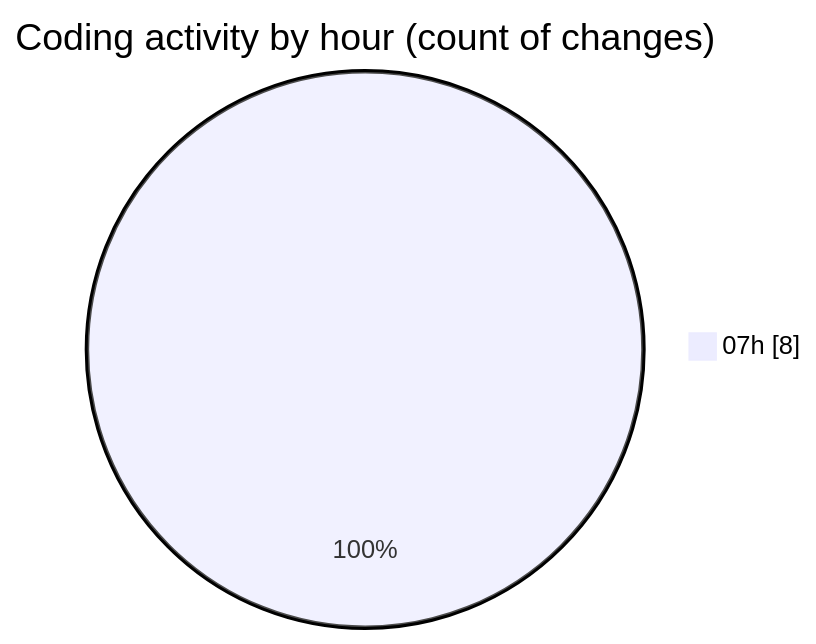
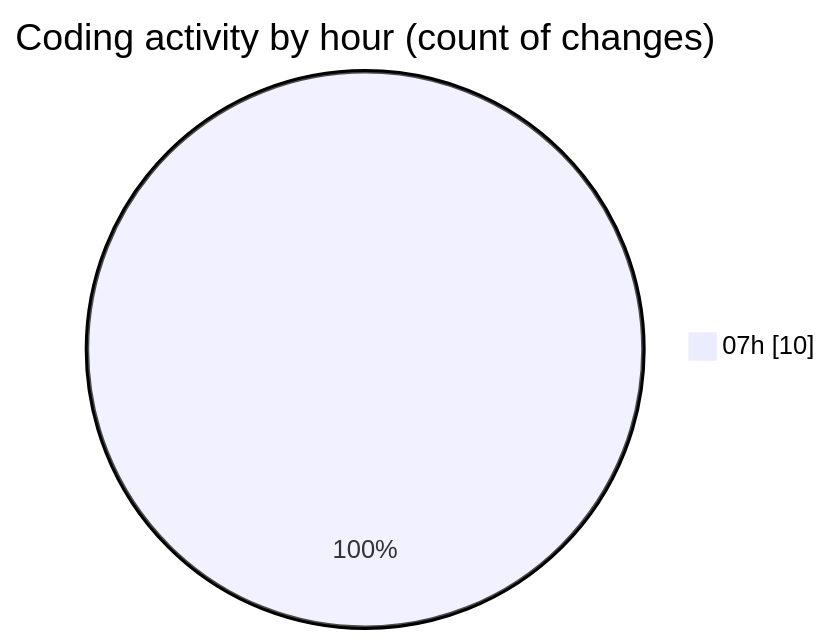
Before and after one commit to charlie-sans/code-tracking: the second of 2 diagrams in 2025-02-25/finite_vercel_app/README.md, drawn with Mermaid. The commit also changed other lines of this file and 1 other file, not shown here.

````diff
--- a/2025-02-25/finite_vercel_app/README.md
+++ b/2025-02-25/finite_vercel_app/README.md
@@ -28,5 +30,5 @@
 ```mermaid
 pie showData
 title Coding activity by hour (count of changes)
-"07h" : 8
+"07h" : 10
 ```
````
